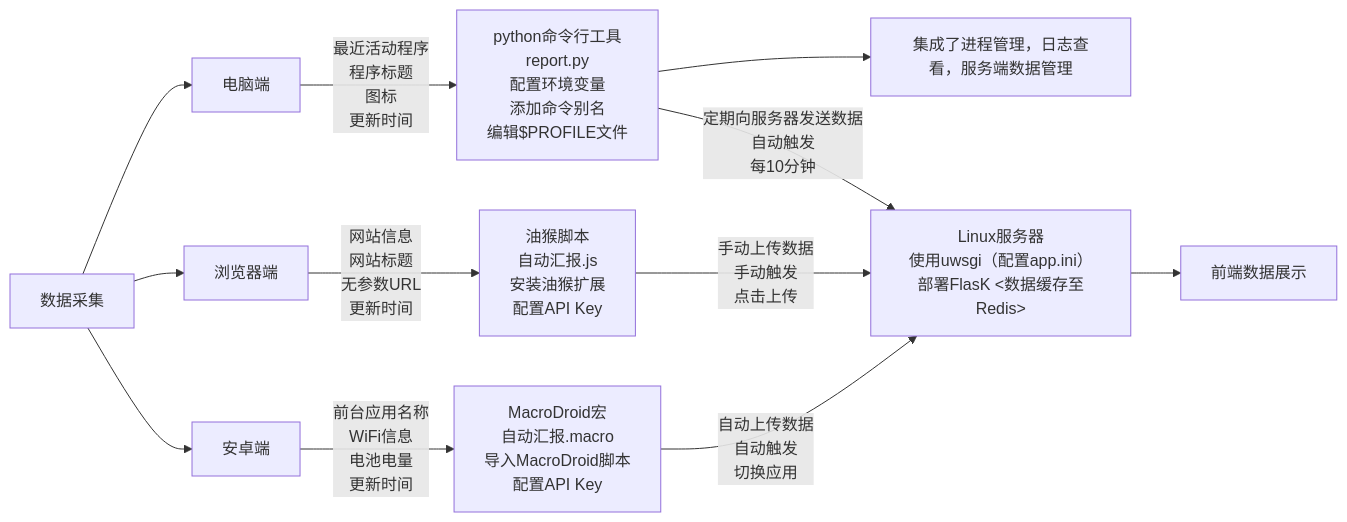
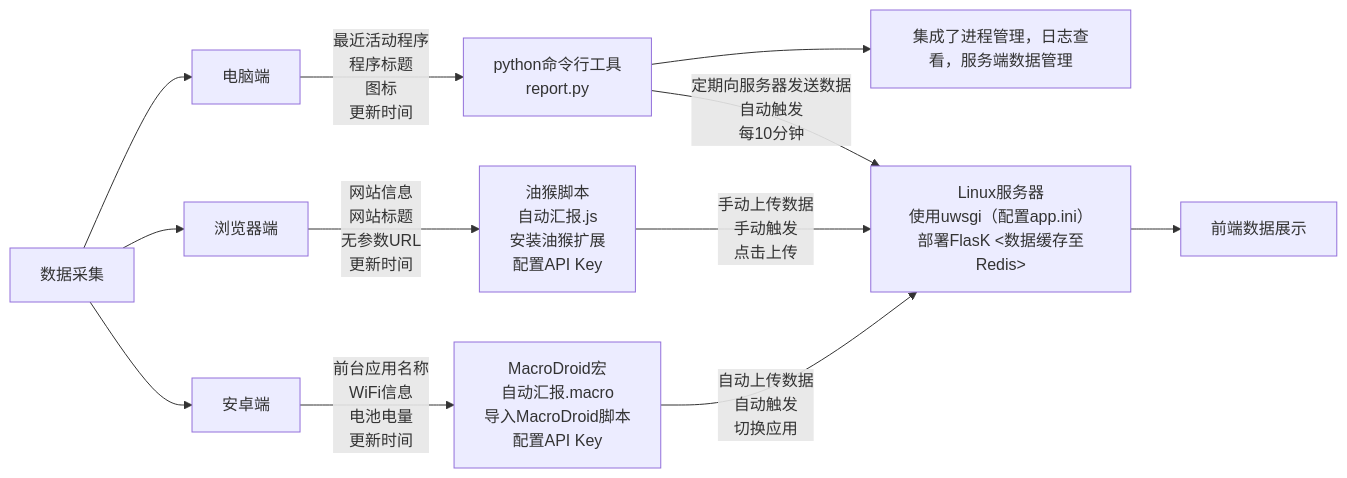
One commit to 2412322029/seeme changed the diagram in Readme.md. Above: the diagram before and after it, drawn with Mermaid. The commit also changed other lines of this file and 5 other files, not shown here.

````diff
--- a/Readme.md
+++ b/Readme.md
@@ -10,21 +10,21 @@
 ```mermaid
 graph LR
     A[数据采集] --> B[电脑端]
     A --> C[ 浏览器端]
     A --> D[安卓端]
 	F[Linux服务器<br>使用uwsgi（配置app.ini）<br>部署FlasK <数据缓存至Redis> ]
 	
 	F --> x[前端数据展示]
 	
-	L[python命令行工具<br> report.py<br> 配置环境变量<br>添加命令别名<br>编辑$PROFILE文件]
+	L[python命令行工具<br> report.py]
 	M[油猴脚本<br>自动汇报.js<br>  安装油猴扩展<br>配置API Key]
 	N[MacroDroid宏<br>自动汇报.macro<br> 导入MacroDroid脚本<br>配置API Key]
     L--> Y[集成了进程管理，日志查看，服务端数据管理]
     B-->|最近活动程序<br>程序标题<br>图标<br>更新时间 | L
     C-->|网站信息<br>网站标题<br>无参数URL<br>更新时间| M
     D -->|前台应用名称<br>WiFi信息<br>电池电量<br>更新时间 | N
 
     L -->|定期向服务器发送数据<br>自动触发<br>每10分钟| F
     M -->|手动上传数据<br>手动触发<br>点击上传| F
     N -->|自动上传数据<br>自动触发<br>切换应用| F
 ```
````
